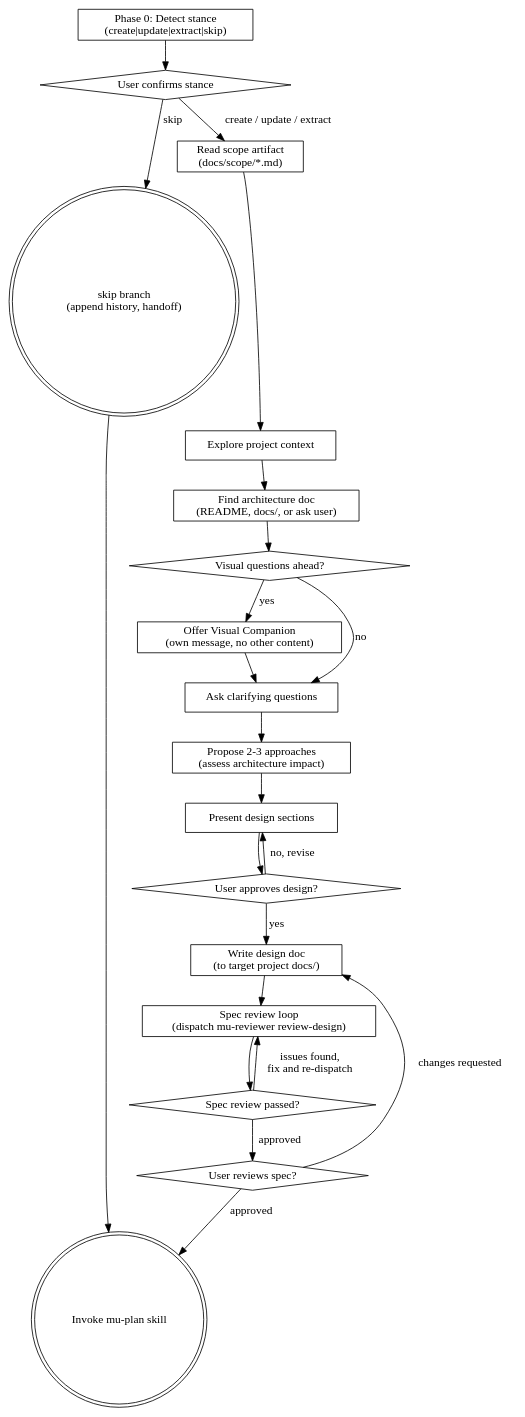
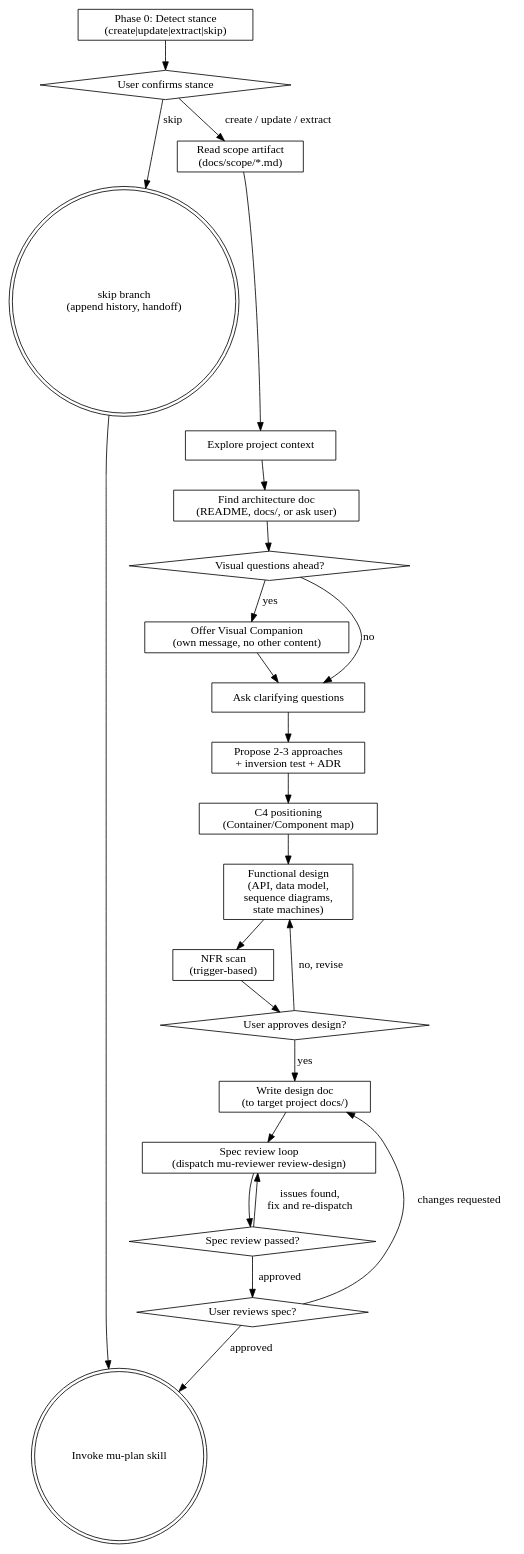
One commit to knotmark-ai/devmuse changed the diagram in skills/mu-arch/SKILL.md. Above: the diagram before and after it, drawn with Graphviz. The commit also changed other lines of this file and 5 other files, not shown here.

First line of the commit message:
feat(mu-arch): restructure design process with C4-first flow, NFR scan, and ADR (#23)

````diff
--- a/skills/mu-arch/SKILL.md
+++ b/skills/mu-arch/SKILL.md
@@ -75,43 +80,47 @@
 ```dot
 digraph mu_design {
     "Phase 0: Detect stance\n(create|update|extract|skip)" [shape=box];
     "User confirms stance" [shape=diamond];
     "skip branch\n(append history, handoff)" [shape=doublecircle];
     "Read scope artifact\n(docs/scope/*.md)" [shape=box];
     "Explore project context" [shape=box];
     "Find architecture doc\n(README, docs/, or ask user)" [shape=box];
     "Visual questions ahead?" [shape=diamond];
     "Offer Visual Companion\n(own message, no other content)" [shape=box];
     "Ask clarifying questions" [shape=box];
-    "Propose 2-3 approaches\n(assess architecture impact)" [shape=box];
-    "Present design sections" [shape=box];
+    "Propose 2-3 approaches\n+ inversion test + ADR" [shape=box];
+    "C4 positioning\n(Container/Component map)" [shape=box];
+    "Functional design\n(API, data model,\nsequence diagrams,\nstate machines)" [shape=box];
+    "NFR scan\n(trigger-based)" [shape=box];
     "User approves design?" [shape=diamond];
     "Write design doc\n(to target project docs/)" [shape=box];
     "Spec review loop\n(dispatch mu-reviewer review-design)" [shape=box];
     "Spec review passed?" [shape=diamond];
     "User reviews spec?" [shape=diamond];
     "Invoke mu-plan skill" [shape=doublecircle];
 
     "Phase 0: Detect stance\n(create|update|extract|skip)" -> "User confirms stance";
     "User confirms stance" -> "skip branch\n(append history, handoff)" [label="skip"];
     "User confirms stance" -> "Read scope artifact\n(docs/scope/*.md)" [label="create / update / extract"];
     "skip branch\n(append history, handoff)" -> "Invoke mu-plan skill";
     "Read scope artifact\n(docs/scope/*.md)" -> "Explore project context";
     "Explore project context" -> "Find architecture doc\n(README, docs/, or ask user)";
     "Find architecture doc\n(README, docs/, or ask user)" -> "Visual questions ahead?";
     "Visual questions ahead?" -> "Offer Visual Companion\n(own message, no other content)" [label="yes"];
     "Visual questions ahead?" -> "Ask clarifying questions" [label="no"];
     "Offer Visual Companion\n(own message, no other content)" -> "Ask clarifying questions";
-    "Ask clarifying questions" -> "Propose 2-3 approaches\n(assess architecture impact)";
-    "Propose 2-3 approaches\n(assess architecture impact)" -> "Present design sections";
-    "Present design sections" -> "User approves design?";
-    "User approves design?" -> "Present design sections" [label="no, revise"];
+    "Ask clarifying questions" -> "Propose 2-3 approaches\n+ inversion test + ADR";
+    "Propose 2-3 approaches\n+ inversion test + ADR" -> "C4 positioning\n(Container/Component map)";
+    "C4 positioning\n(Container/Component map)" -> "Functional design\n(API, data model,\nsequence diagrams,\nstate machines)";
+    "Functional design\n(API, data model,\nsequence diagrams,\nstate machines)" -> "NFR scan\n(trigger-based)";
+    "NFR scan\n(trigger-based)" -> "User approves design?";
+    "User approves design?" -> "Functional design\n(API, data model,\nsequence diagrams,\nstate machines)" [label="no, revise"];
     "User approves design?" -> "Write design doc\n(to target project docs/)" [label="yes"];
     "Write design doc\n(to target project docs/)" -> "Spec review loop\n(dispatch mu-reviewer review-design)";
     "Spec review loop\n(dispatch mu-reviewer review-design)" -> "Spec review passed?";
     "Spec review passed?" -> "Spec review loop\n(dispatch mu-reviewer review-design)" [label="issues found,\nfix and re-dispatch"];
     "Spec review passed?" -> "User reviews spec?" [label="approved"];
     "User reviews spec?" -> "Write design doc\n(to target project docs/)" [label="changes requested"];
     "User reviews spec?" -> "Invoke mu-plan skill" [label="approved"];
 }
 ```
````
